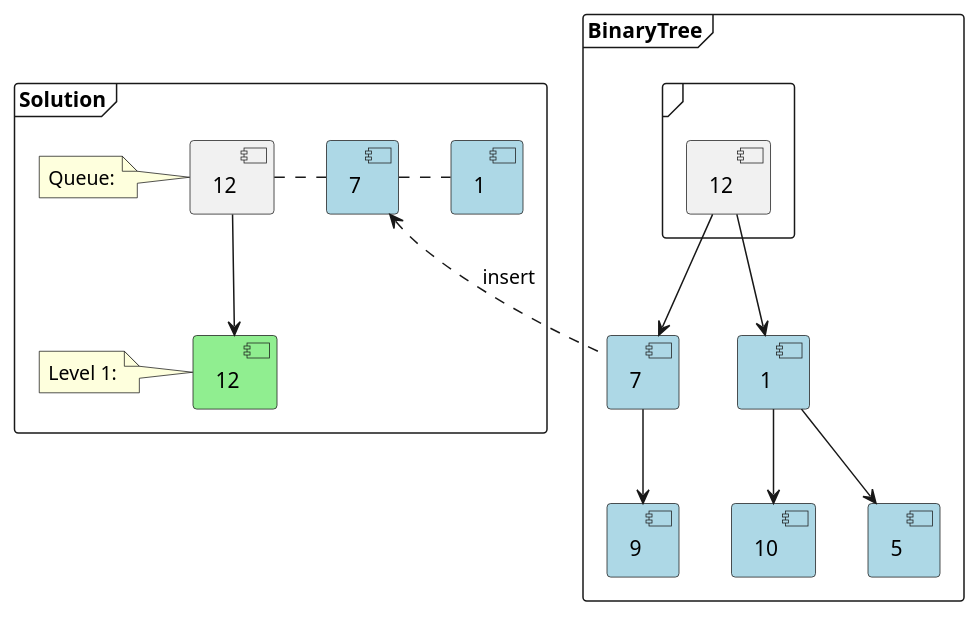
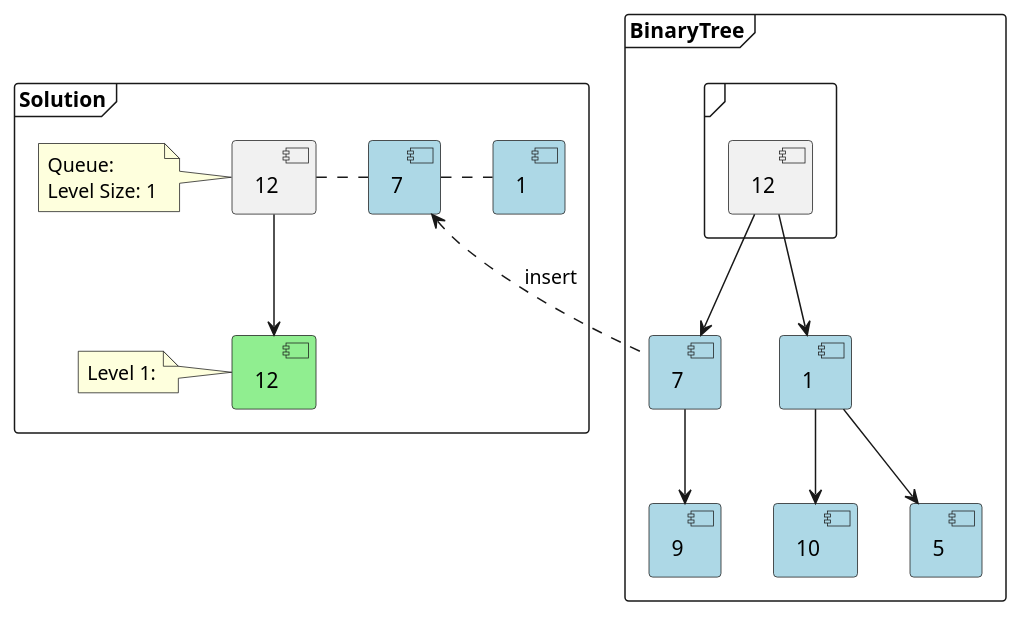
Before and after one commit to computer-science-engineering/learning-computer-science: the fifth of 9 diagrams in src/EducativeIo/GrokkingTheCodingInterview/Ch08_TreeBreadthFirstSearch/P1_BinaryTreeLevelOrderTraversal/readme.md, drawn with PlantUML. The commit also changed other lines of this file and 2 other files, not shown here.

Commit message:
Binary Tree Level Order Traversal

````diff
--- a/src/EducativeIo/GrokkingTheCodingInterview/Ch08_TreeBreadthFirstSearch/P1_BinaryTreeLevelOrderTraversal/readme.md
+++ b/src/EducativeIo/GrokkingTheCodingInterview/Ch08_TreeBreadthFirstSearch/P1_BinaryTreeLevelOrderTraversal/readme.md
@@ -124,48 +124,49 @@
 ```plantuml
 @startuml
 frame "Solution" {
     component 12_1 [
         12
     ]
     component 7_1 #lightblue [
         7
     ]
     component 1_1 #lightblue [
         1
     ]
     note left of 12_1
     Queue:
+    Level Size: 1
     end note
     12_1 . 7_1
     7_1 . 1_1
 
     component 12_2 #lightgreen [
         12
     ]
     note left of 12_2
     Level 1:
     end note
 }
 
 frame "BinaryTree" {
     frame " " {
         component 12
     }
 
     12_1 --> 12_2
 
     [12] --> [7]
     [12] --> [1]
     [7] --> [9]
     [1] --> [10]
     [1] --> [5]
 
     7_1 <.. 7 : insert
     component [7] #lightblue
     component [1] #lightblue
     component [9] #lightblue
     component [10] #lightblue
     component [5] #lightblue
 }
 @enduml
 ```
````
